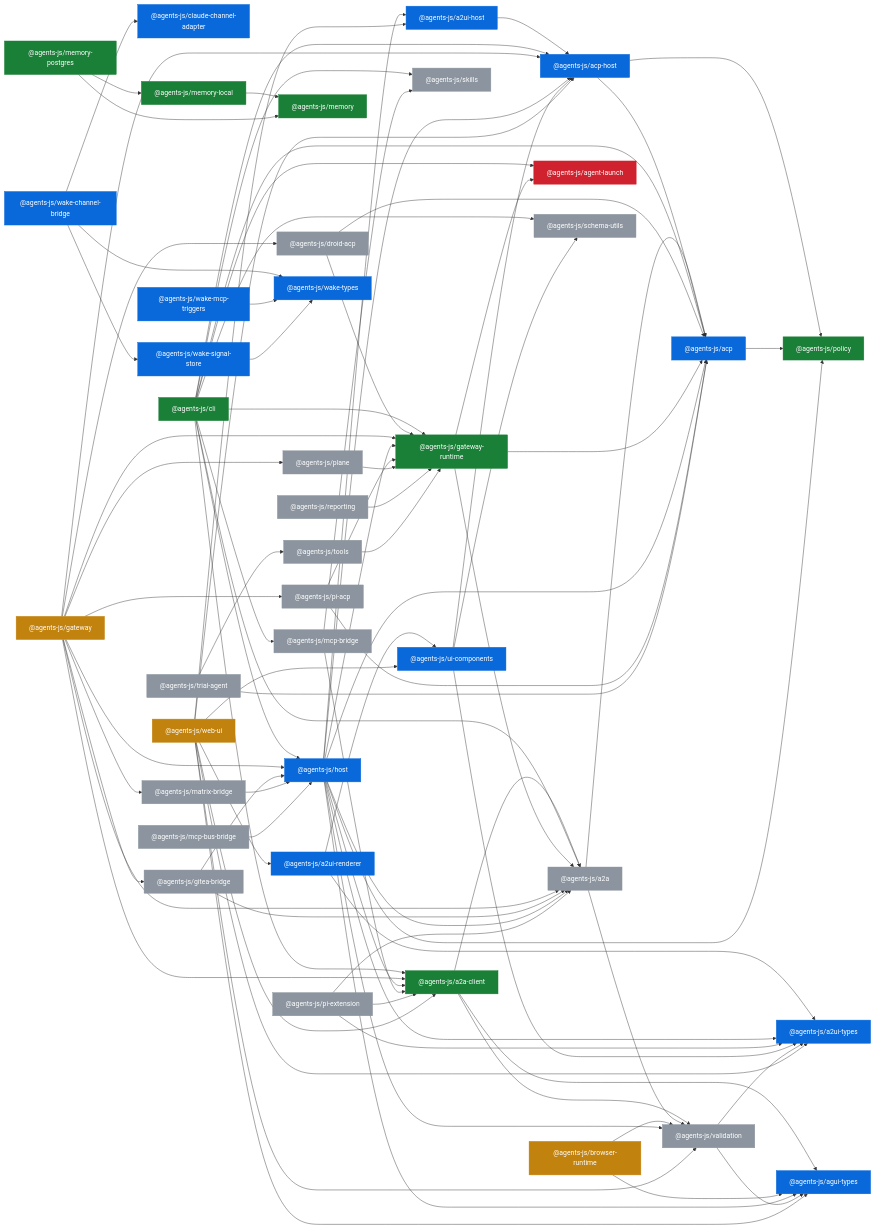
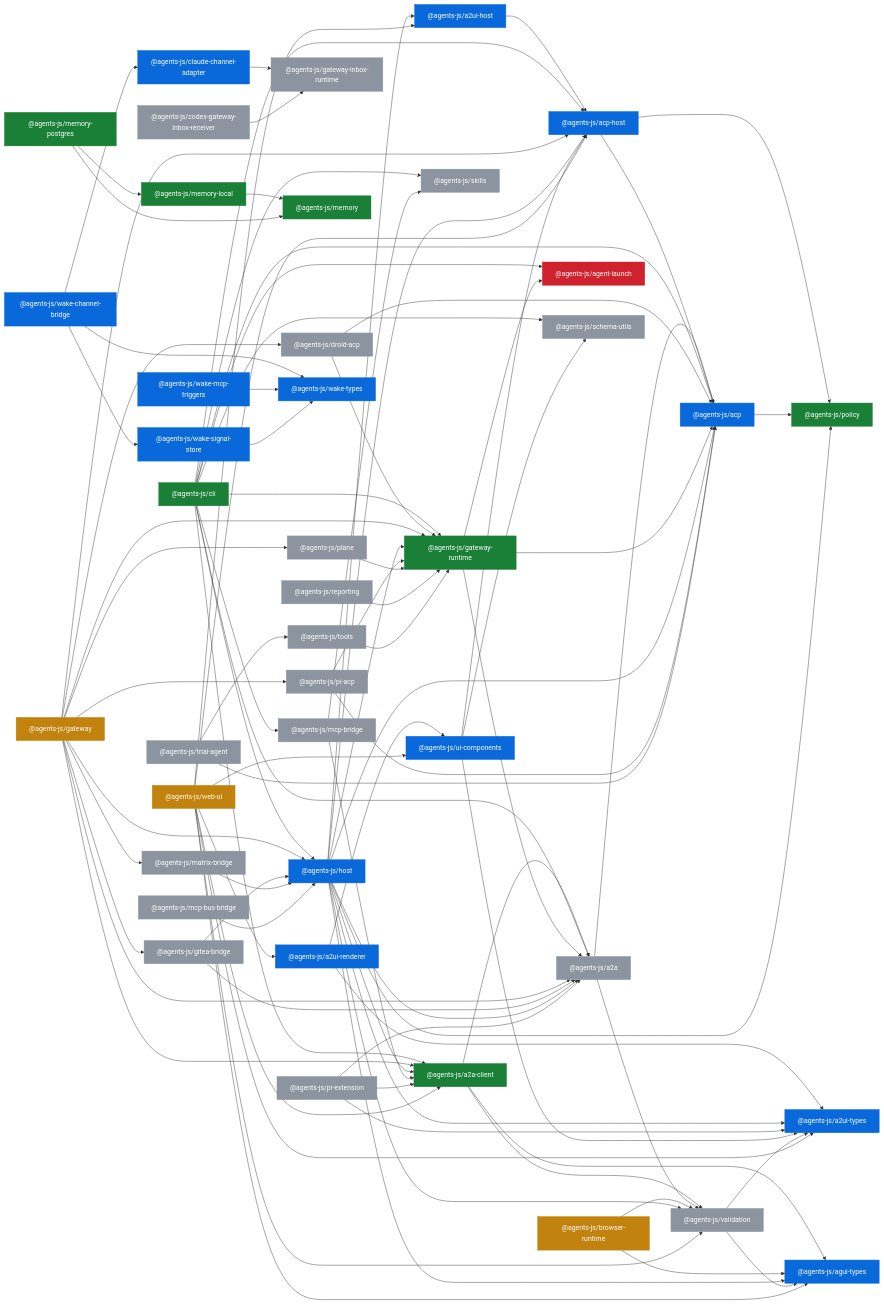
One commit to jensbodal/agents-js changed the diagram in docs/_generated/capability-graph.md. Above: the diagram before and after it, drawn with Mermaid. The commit also changed 52 other files, not shown here.

Commit message:
feat: add native codex gateway inbox receiver

```diff
--- a/docs/_generated/capability-graph.md
+++ b/docs/_generated/capability-graph.md
@@ -20,8 +20,10 @@
   browser_runtime["@agents-js/browser-runtime"]:::overclaimed
   claude_channel_adapter["@agents-js/claude-channel-adapter"]:::undemonstrated
   cli["@agents-js/cli"]:::demonstrated
+  codex_gateway_inbox_receiver["@agents-js/codex-gateway-inbox-receiver"]:::untiered
   droid_acp["@agents-js/droid-acp"]:::untiered
   gateway["@agents-js/gateway"]:::overclaimed
+  gateway_inbox_runtime["@agents-js/gateway-inbox-runtime"]:::untiered
   gateway_runtime["@agents-js/gateway-runtime"]:::demonstrated
   gitea_bridge["@agents-js/gitea-bridge"]:::untiered
   host["@agents-js/host"]:::undemonstrated
@@ -60,6 +62,7 @@
   acp --> policy
   browser_runtime --> agui_types
   browser_runtime --> validation
+  claude_channel_adapter --> gateway_inbox_runtime
   cli --> a2a
   cli --> a2a_client
   cli --> acp
@@ -70,6 +73,7 @@
   cli --> mcp_bridge
   cli --> schema_utils
   cli --> skills
+  codex_gateway_inbox_receiver --> gateway_inbox_runtime
   droid_acp --> acp
   droid_acp --> gateway_runtime
   gateway_runtime --> a2a
```
